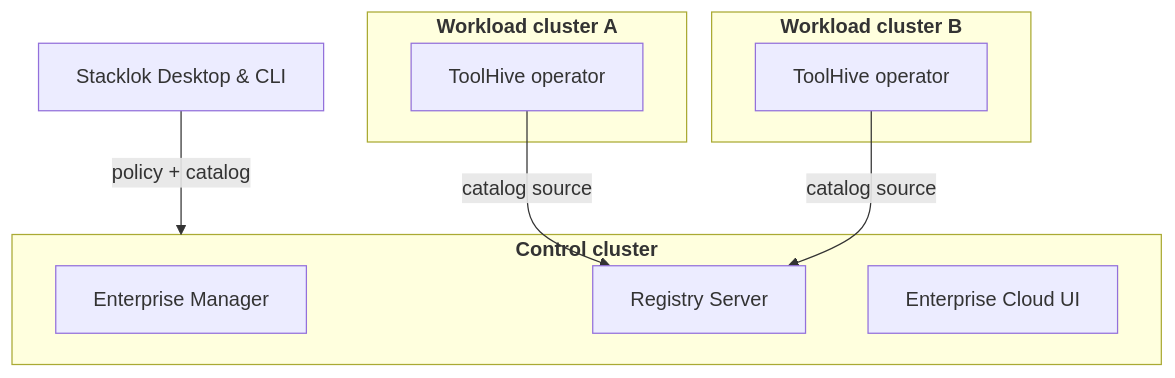
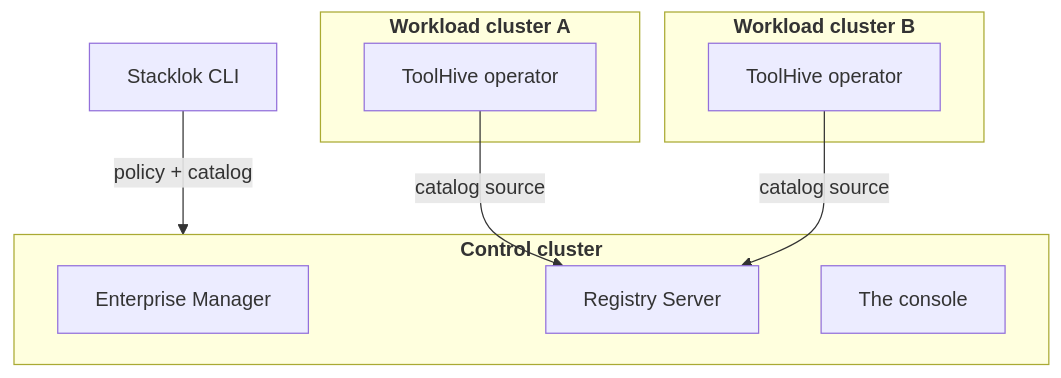
The first of 2 diagrams in docs/platform/enterprise-platform/distributed-deployments.mdx (stacklok/docs-website), drawn with Mermaid before and after one commit. The commit also changed other lines of this file and 64 other files, not shown here.

First line of the commit message:
Restructure the enterprise docs for the console (#1145)

````diff
--- a/docs/platform/enterprise-platform/distributed-deployments.mdx
+++ b/docs/platform/enterprise-platform/distributed-deployments.mdx
@@ -53,22 +53,22 @@
 ```mermaid
 flowchart TB
   subgraph Control["<strong>Control cluster</strong>"]
     EM["Enterprise Manager"]
     RS["Registry Server"]
-    CloudUI["Enterprise Cloud UI"]
+    CloudUI["The console"]
   end
 
   subgraph WL1["<strong>Workload cluster A</strong>"]
     Op1["ToolHive operator"]
   end
 
   subgraph WL2["<strong>Workload cluster B</strong>"]
     Op2["ToolHive operator"]
   end
 
-  Clients["Stacklok Desktop & CLI"]
+  Clients["Stacklok CLI"]
 
   Clients -->|"policy + catalog"| Control
   Op1 -->|"catalog source"| RS
   Op2 -->|"catalog source"| RS
 ```
````
